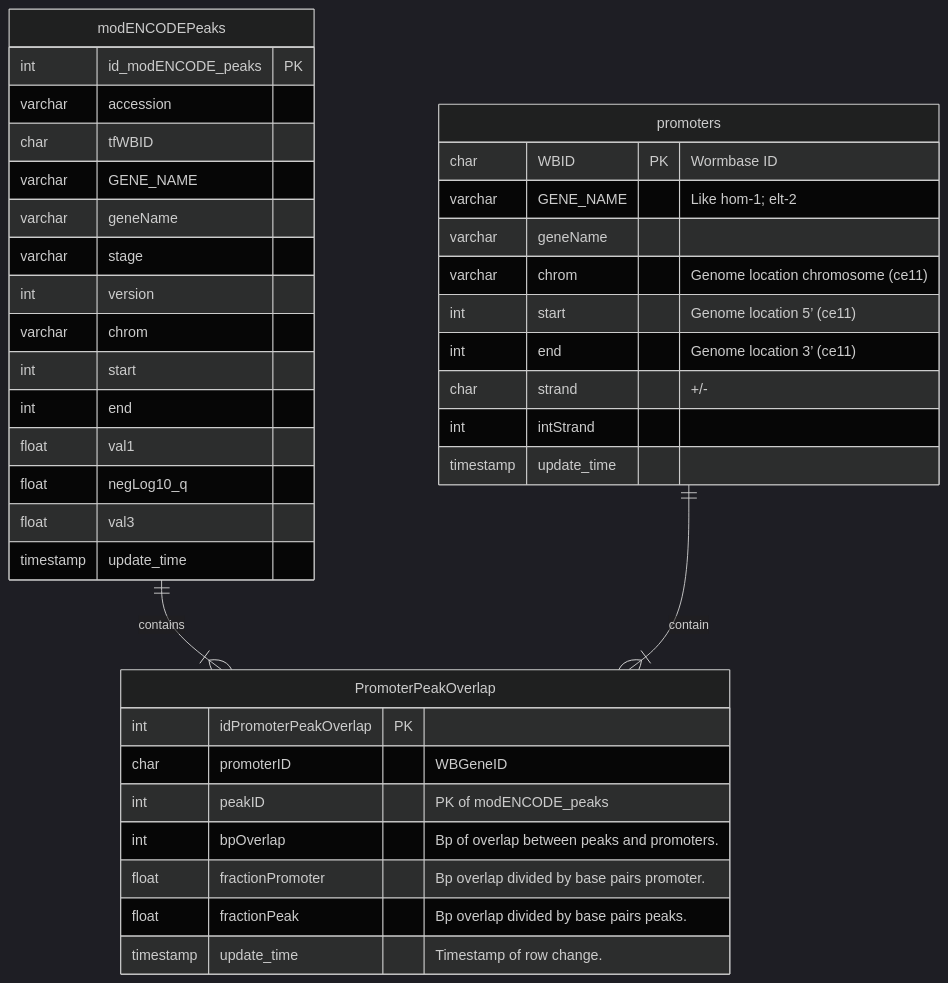
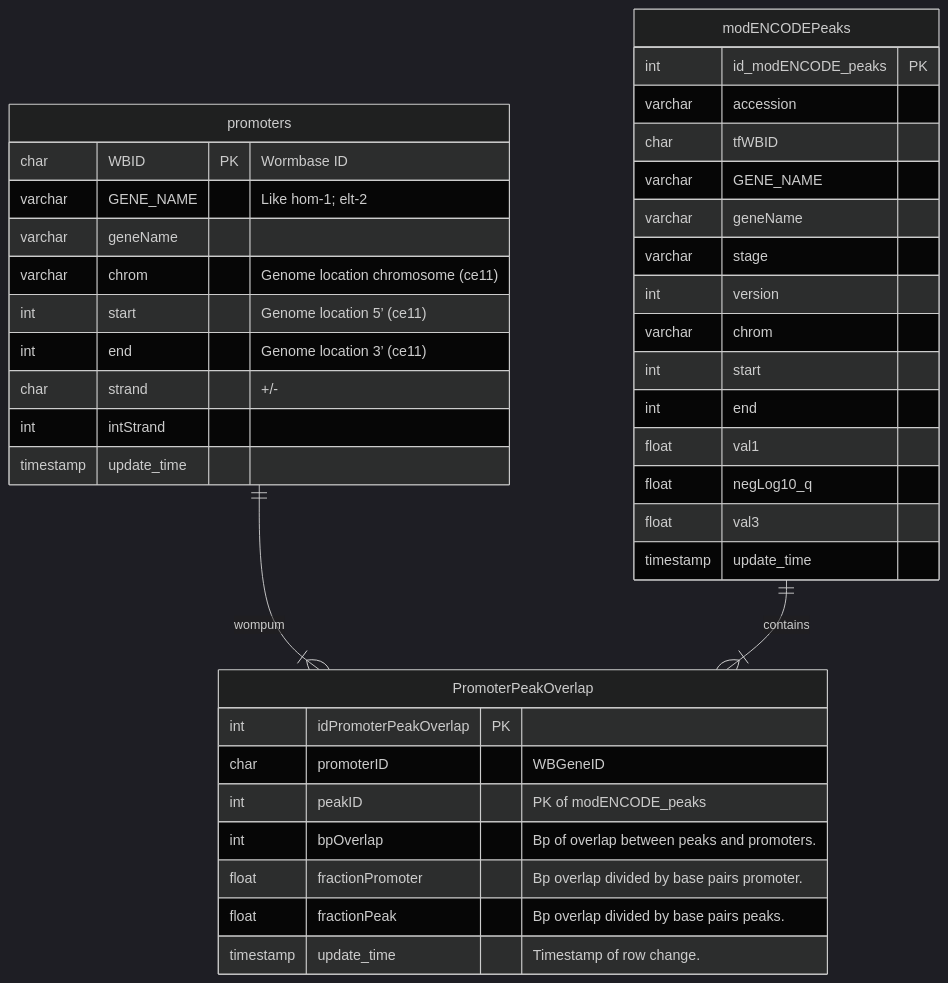
One commit to meekrob/OnishRDB changed the first of 6 diagrams in README.md. Above: the diagram before and after it, drawn with Mermaid (dark theme).

````diff
--- a/README.md
+++ b/README.md
@@ -92,46 +92,46 @@
 ```mermaid
 erDiagram
 
 
+promoters ||--|{ PromoterPeakOverlap : wompum
+promoters {
+char WBID PK "Wormbase ID"
+varchar GENE_NAME  "Like hom-1; elt-2"
+varchar geneName  ""
+varchar chrom  "Genome location chromosome (ce11)"
+int start  "Genome location 5’  (ce11)"
+int end  "Genome location 3’ (ce11)"
+char strand  "+/-"
+int intStrand  ""
+timestamp update_time  ""
+}
 
 modENCODEPeaks ||--|{ PromoterPeakOverlap : contains
 modENCODEPeaks {
 int id_modENCODE_peaks PK
 varchar accession 
 char tfWBID 
 varchar GENE_NAME 
 varchar geneName 
 varchar stage 
 int version 
 varchar chrom 
 int start 
 int end 
 float val1 
 float negLog10_q 
 float val3 
 timestamp update_time 
 }
 
 PromoterPeakOverlap {
 int idPromoterPeakOverlap PK ""
 char promoterID  "WBGeneID"
 int peakID  "PK of modENCODE_peaks"
 int bpOverlap  "Bp of overlap between peaks and promoters."
 float fractionPromoter  "Bp overlap divided by base pairs promoter."
 float fractionPeak  "Bp overlap divided by base pairs peaks."
 timestamp update_time  "Timestamp of row change."
 }
 
-promoters ||--|{ PromoterPeakOverlap : contain
-promoters {
-char WBID PK "Wormbase ID"
-varchar GENE_NAME  "Like hom-1; elt-2"
-varchar geneName  ""
-varchar chrom  "Genome location chromosome (ce11)"
-int start  "Genome location 5’  (ce11)"
-int end  "Genome location 3’ (ce11)"
-char strand  "+/-"
-int intStrand  ""
-timestamp update_time  ""
-}
 ```
````
